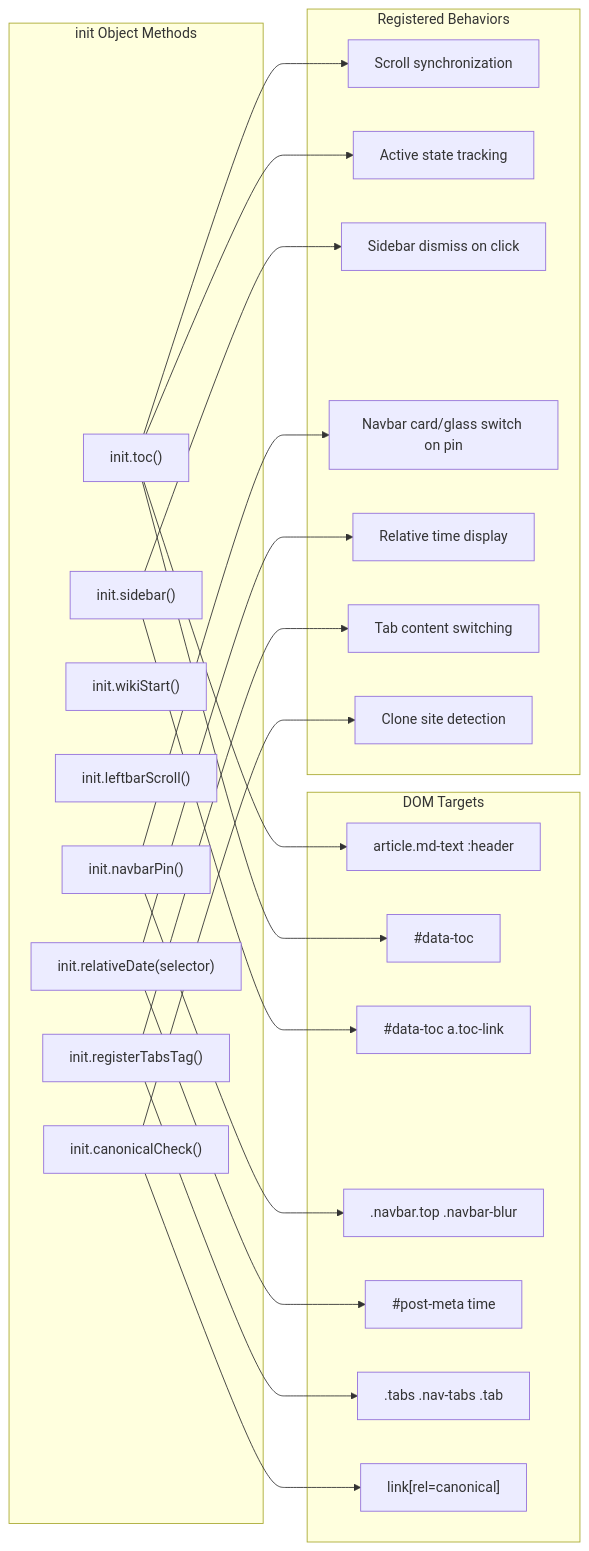
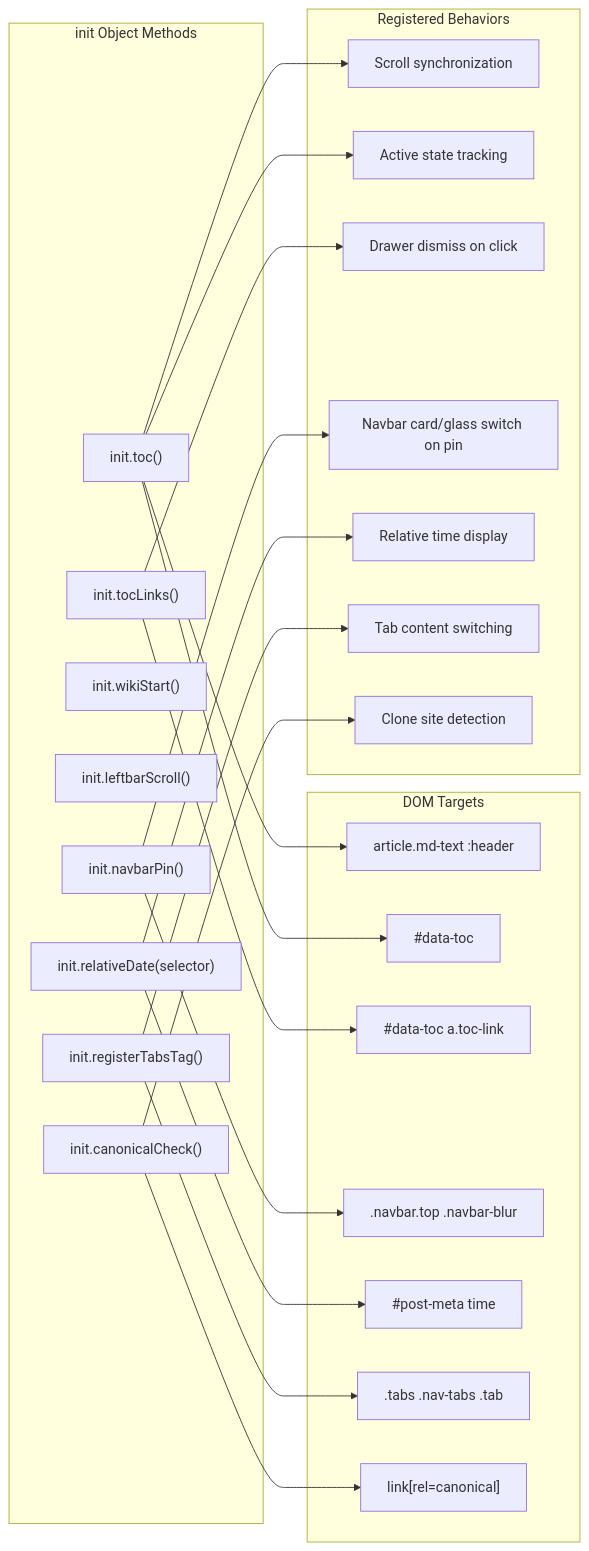
Before and after one commit to xaoxuu/hexo-theme-stellar: the third of 4 diagrams in docs/knowledge/05-前端交互/client-side-overview.md, drawn with Mermaid. The commit also changed other lines of this file and 287 other files, not shown here.

````diff
--- a/docs/knowledge/05-前端交互/client-side-overview.md
+++ b/docs/knowledge/05-前端交互/client-side-overview.md
@@ -260,53 +260,53 @@
 ```mermaid
 graph LR
     subgraph "init Object Methods"
         toc["init.toc()"]
-        sidebar["init.sidebar()"]
+        tocLinks["init.tocLinks()"]
         wikiStart["init.wikiStart()"]
         leftbarScroll["init.leftbarScroll()"]
         navbarPin["init.navbarPin()"]
         relativeDate["init.relativeDate(selector)"]
         registerTabs["init.registerTabsTag()"]
         canonical["init.canonicalCheck()"]
     end
     
     subgraph "DOM Targets"
         tocHeaders["article.md-text :header"]
         tocWidget["#data-toc"]
         sidebarLinks["#data-toc a.toc-link"]
         navbarElements[".navbar.top .navbar-blur"]
         timeElements["#post-meta time"]
         tabElements[".tabs .nav-tabs .tab"]
         canonicalTag["link[rel=canonical]"]
     end
     
     subgraph "Registered Behaviors"
         scrollSync["Scroll synchronization"]
         activeState["Active state tracking"]
-        dismiss["Sidebar dismiss on click"]
+        dismiss["Drawer dismiss on click"]
         cardGlass["Navbar card/glass switch on pin"]
         timeFormat["Relative time display"]
         tabSwitch["Tab content switching"]
         cloneDetect["Clone site detection"]
     end
     
     toc --> tocHeaders
     toc --> tocWidget
     toc --> scrollSync
     toc --> activeState
     
-    sidebar --> sidebarLinks
-    sidebar --> dismiss
+    tocLinks --> sidebarLinks
+    tocLinks --> dismiss
     
     navbarPin --> navbarElements
     navbarPin --> cardGlass
     
     relativeDate --> timeElements
     relativeDate --> timeFormat
     
     registerTabs --> tabElements
     registerTabs --> tabSwitch
     
     canonical --> canonicalTag
     canonical --> cloneDetect
 ```
````
